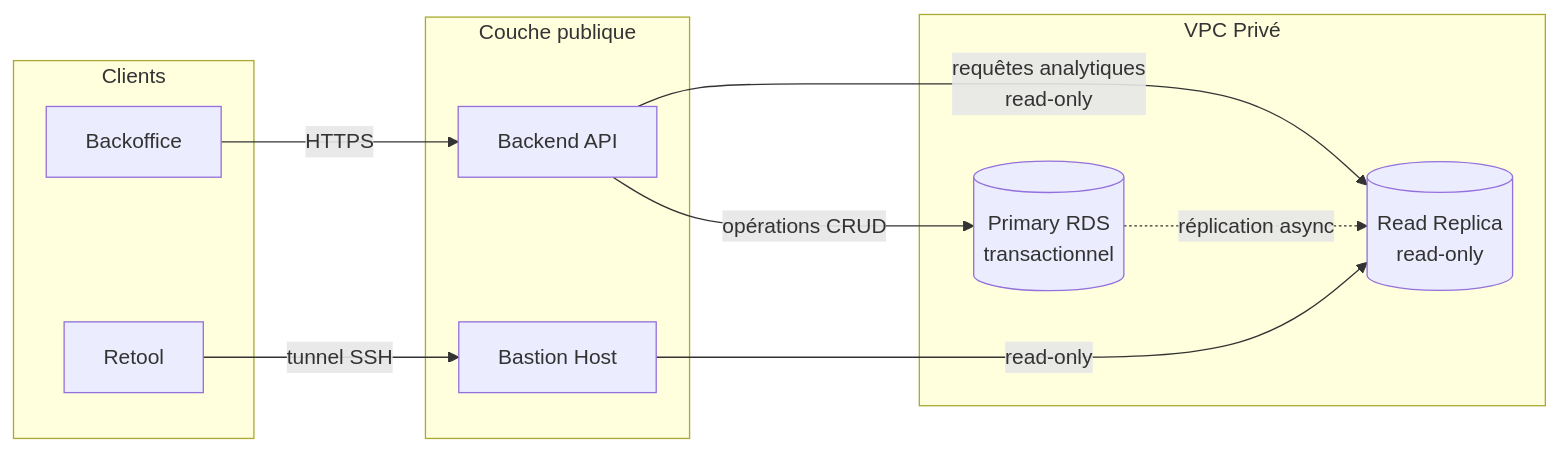
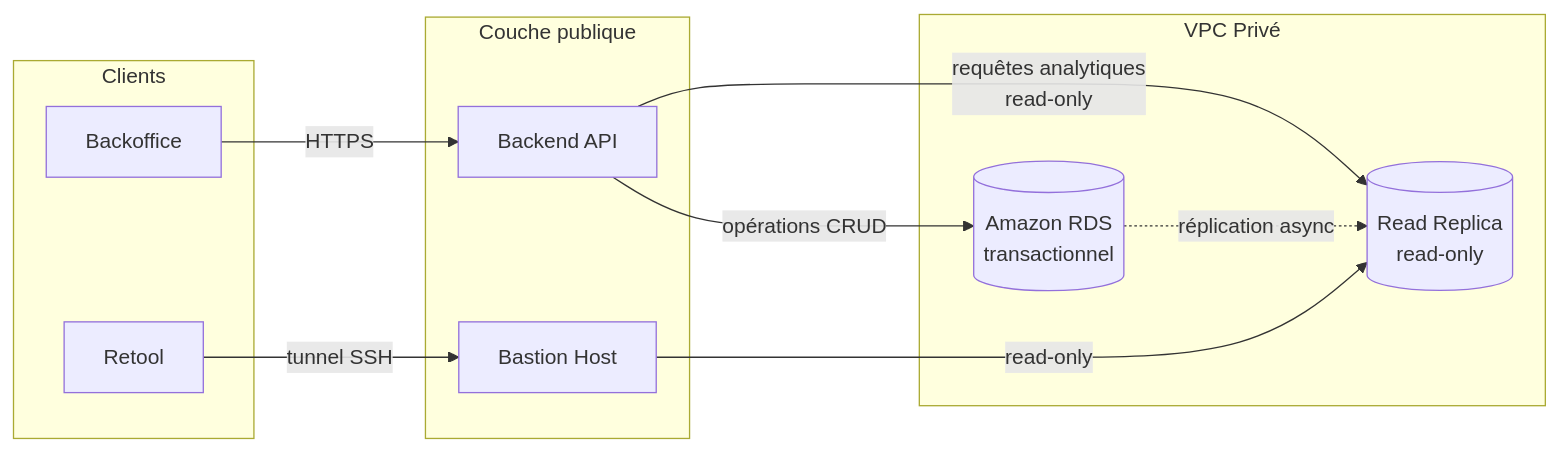
Before and after one commit to omraneah/boringsystems: the diagram in src/content/work-fr/serving-analytics-without-a-data-warehouse.md, drawn with Mermaid. The commit also changed other lines of this file and 1 other file, not shown here.

First line of the commit message:
fix(work): clean up tool references — links for dbt and Retool, Amazon RDS throughout, no legend

````diff
--- a/src/content/work-fr/serving-analytics-without-a-data-warehouse.md
+++ b/src/content/work-fr/serving-analytics-without-a-data-warehouse.md
@@ -73,24 +73,24 @@
 ```mermaid
 graph LR
     subgraph clients ["Clients"]
         BO["Backoffice"]
         RT["Retool"]
     end
 
     subgraph pub ["Couche publique"]
         BE["Backend API"]
         BH["Bastion Host"]
     end
 
     subgraph vpc ["VPC Privé"]
-        PRDS[("Primary RDS\ntransactionnel")]
+        PRDS[("Amazon RDS\ntransactionnel")]
         REP[("Read Replica\nread-only")]
     end
 
     BO -->|HTTPS| BE
     RT -->|tunnel SSH| BH
     BE -->|"opérations CRUD"| PRDS
     BE -->|"requêtes analytiques\nread-only"| REP
     PRDS -.->|réplication async| REP
     BH -->|read-only| REP
 ```
````
